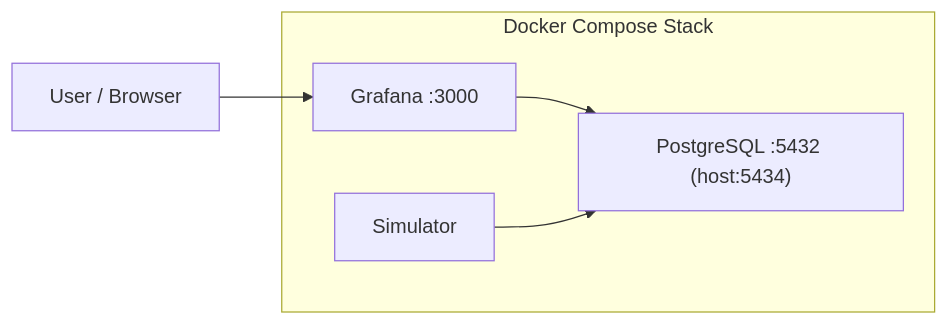
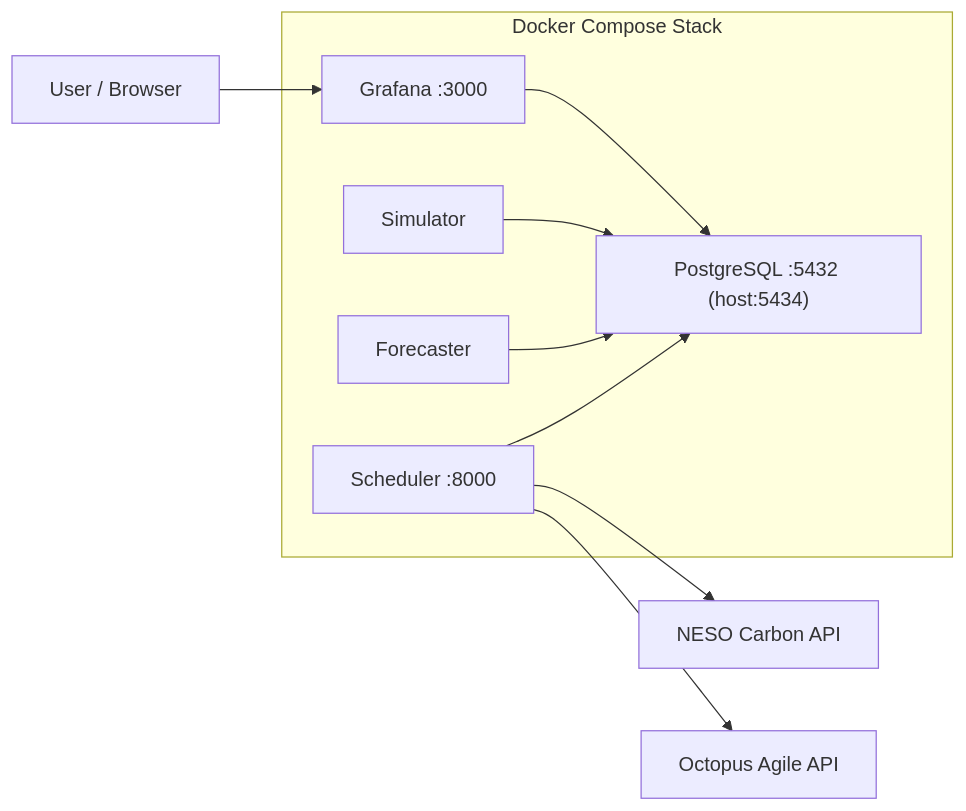
Before and after one commit to idt4gdc/idt4gdc-grafana-demo: the first of 2 diagrams in README.md, drawn with Mermaid. The commit also changed other lines of this file and 39 other files, not shown here.

````diff
--- a/README.md
+++ b/README.md
@@ -115,12 +163,18 @@
 ```mermaid
 flowchart LR
     U["User / Browser"] --> G["Grafana :3000"]
     G --> P["PostgreSQL :5432 (host:5434)"]
     S["Simulator"] --> P
+    F["Forecaster"] --> P
+    SC["Scheduler :8000"] --> P
+    SC --> NESO["NESO Carbon API"]
+    SC --> OCT["Octopus Agile API"]
 
     subgraph DemoStack["Docker Compose Stack"]
         G
         P
         S
+        F
+        SC
     end
 ```
````
